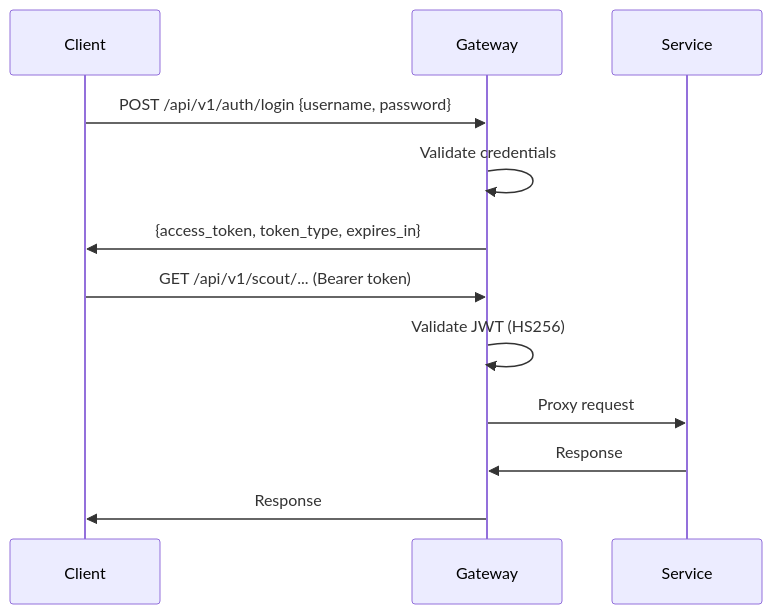
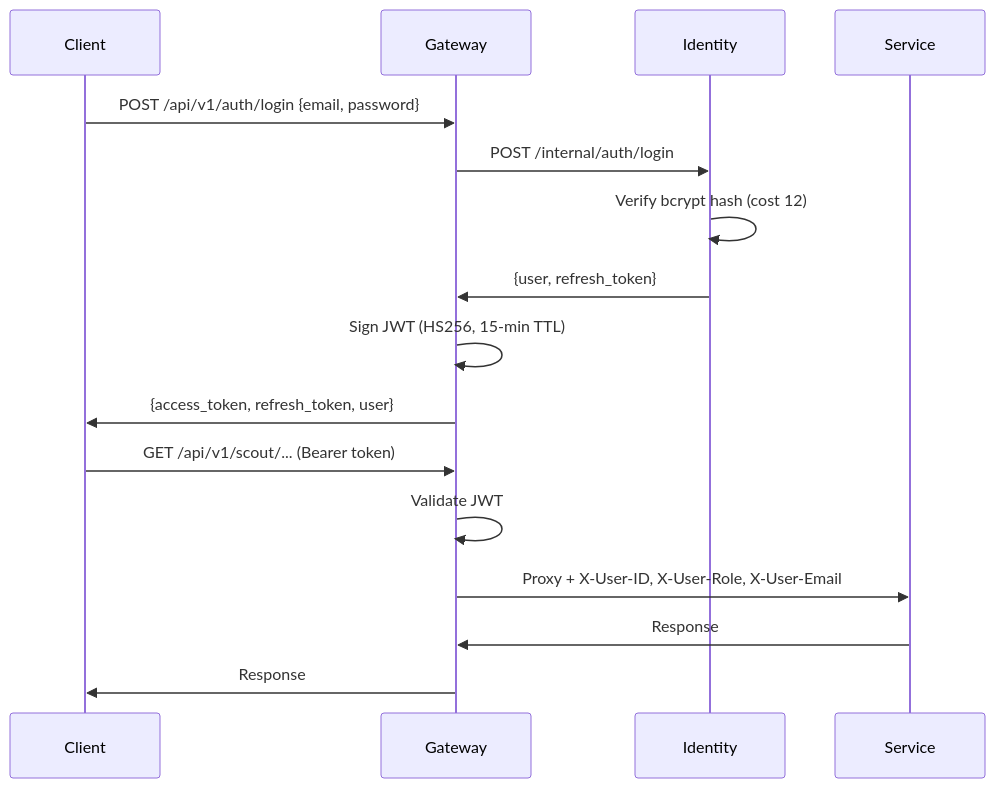
One commit to nebulae-official/orion changed the first of 2 diagrams in docs/architecture/security.md. Above: the diagram before and after it, drawn with Mermaid. The commit also changed other lines of this file and 15 other files, not shown here.

````diff
--- a/docs/architecture/security.md
+++ b/docs/architecture/security.md
@@ -7,16 +9,20 @@
 ```mermaid
 sequenceDiagram
     participant Client
     participant Gateway
+    participant Identity
     participant Service
 
-    Client->>Gateway: POST /api/v1/auth/login {username, password}
-    Gateway->>Gateway: Validate credentials
-    Gateway->>Client: {access_token, token_type, expires_in}
+    Client->>Gateway: POST /api/v1/auth/login {email, password}
+    Gateway->>Identity: POST /internal/auth/login
+    Identity->>Identity: Verify bcrypt hash (cost 12)
+    Identity->>Gateway: {user, refresh_token}
+    Gateway->>Gateway: Sign JWT (HS256, 15-min TTL)
+    Gateway->>Client: {access_token, refresh_token, user}
 
     Client->>Gateway: GET /api/v1/scout/... (Bearer token)
-    Gateway->>Gateway: Validate JWT (HS256)
-    Gateway->>Service: Proxy request
+    Gateway->>Gateway: Validate JWT
+    Gateway->>Service: Proxy + X-User-ID, X-User-Role, X-User-Email
     Service->>Gateway: Response
     Gateway->>Client: Response
 ```
````
